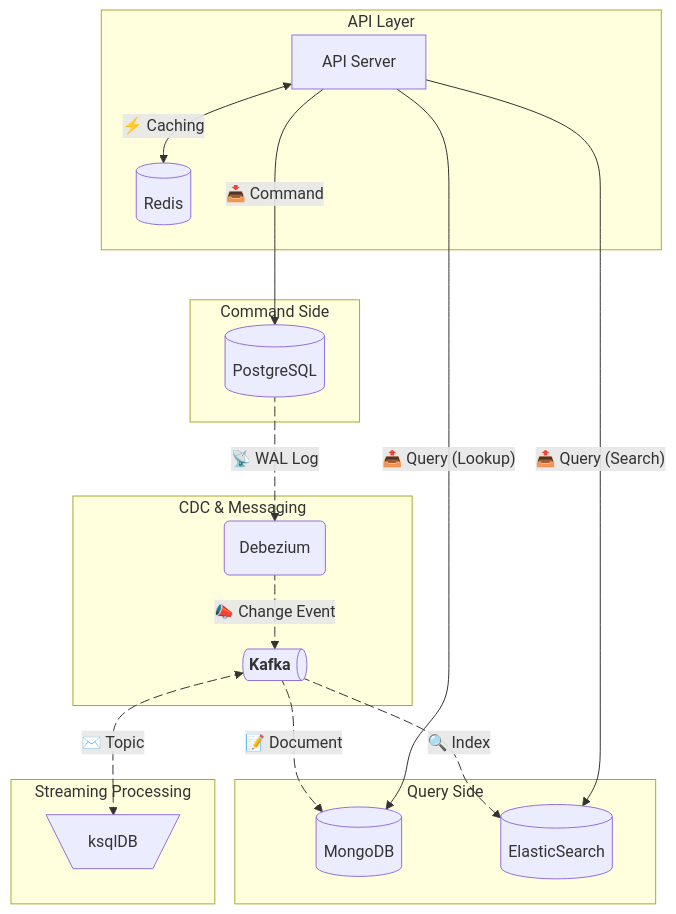
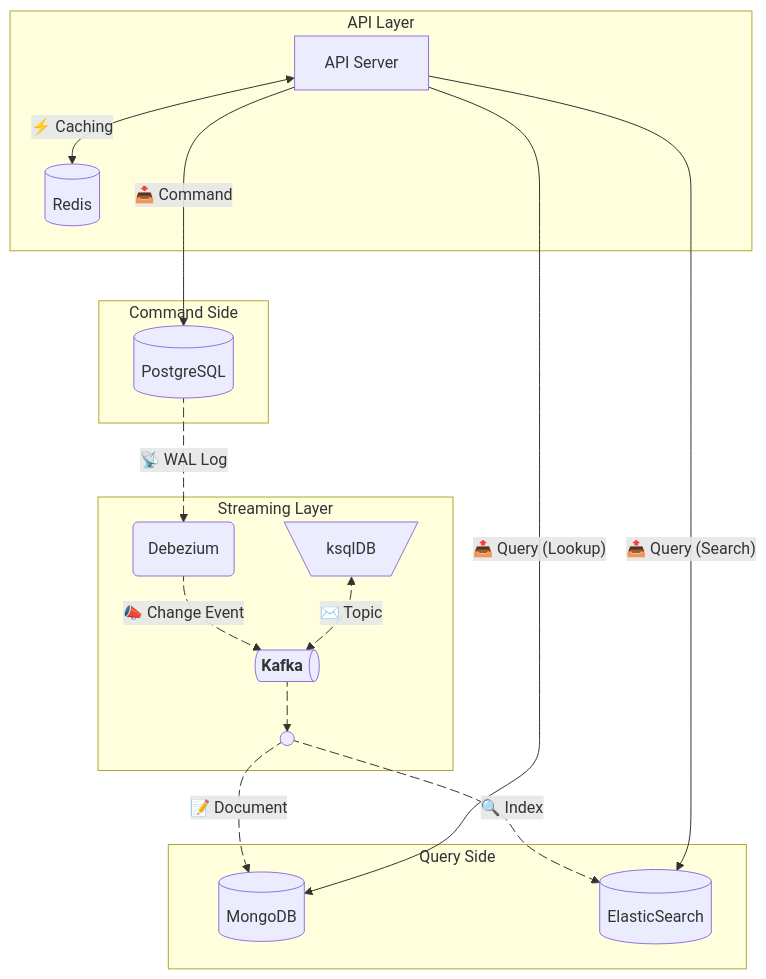
Before and after one commit to NarciSource/Pre-Onboarding-Challenge-BE-31: the first of 3 diagrams in README.md, drawn with Mermaid. The commit also changed other lines of this file, not shown here.

````diff
--- a/README.md
+++ b/README.md
@@ -55,58 +55,61 @@
 ```mermaid
 graph TD
    subgraph "API Layer"
       api[API Server]
       redis[(Redis)]
    end
 
    subgraph "Command Side"
       postgres[(PostgreSQL)]
    end
 
-   subgraph "CDC & Messaging"
+   subgraph "Streaming Layer"
       cdc@{ shape: rounded, label: Debezium }
       kafka@{ shape: das, label: "**Kafka**" }
+      ksql@{ shape: trap-t, label: "ksqlDB" }
+      sink@{ shape: sm-circ, label: "SinkConnector" }
    end
 
    subgraph "Query Side"
       mongo[(MongoDB)]
       elasticsearch[( ElasticSearch)]
    end
 
-   subgraph "Streaming Processing"
-      ksql@{ shape: trap-t, label: "ksqlDB" }
-   end
 
    %% Cache Layer
    api <-->|⚡ Caching| redis
 
    %% Command flow
    api --->|📥 Command| postgres
 
    %% CDC Flow
    postgres e1@-.->|📡 WAL Log | cdc
    cdc e2@-->|📣 Change Event| kafka
 
    %% Projection flow
-   kafka e3@<-.->|✉️ Topic| ksql
+   ksql e3@<-.->|✉️ Topic| kafka
 
    %% Sink flow
-   kafka e4@-.->|📝 Document| mongo
-   kafka e5@-.->|🔍 Index| elasticsearch
+   kafka e4@-.-> sink
+   sink e5@-.->|📝 Document| mongo
+   sink e6@-.->|🔍 Index| elasticsearch
 
    %% Query flow
    api -->|"📤 Query (Lookup)"| mongo
 
    %% Query flow
    api -->|"📤 Query (Search)"| elasticsearch
 
    e1@{ animation: fast }
    e2@{ animation: fast }
    e3@{ animation: fast }
    e4@{ animation: fast }
    e5@{ animation: fast }
+   e6@{ animation: fast }
 
-   click api "https://github.com/NarciSource/Pre-Onboarding-Challenge-BE-31/tree/main/apps/api-server"
-   click projector "https://github.com/NarciSource/Pre-Onboarding-Challenge-BE-31/tree/main/apps/proj-docs"
-   click sync "https://github.com/NarciSource/Pre-Onboarding-Challenge-BE-31/tree/main/apps/sync-index"
+   click postgres "https://github.com/NarciSource/Pre-Onboarding-Challenge-BE-31/tree/main/db/rdb"
+   click cdc "https://github.com/NarciSource/Pre-Onboarding-Challenge-BE-31/tree/main/config/connectors/source"
+   click sink "https://github.com/NarciSource/Pre-Onboarding-Challenge-BE-31/tree/main/config/connectors/sink"
+   click ksql "https://github.com/NarciSource/Pre-Onboarding-Challenge-BE-31/tree/main/db/ksqldb"
+   click elasticsearch "https://github.com/NarciSource/Pre-Onboarding-Challenge-BE-31/tree/main/config/elasticsearch/templates"
 ```
````
